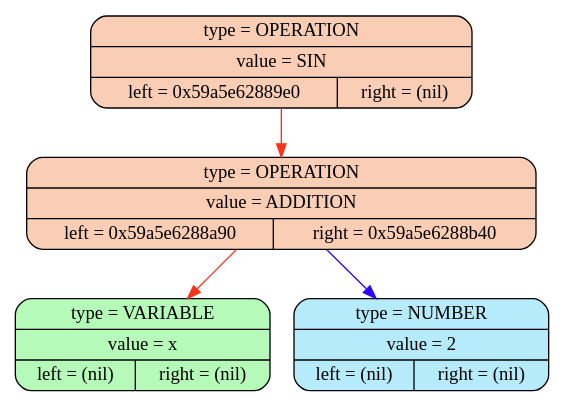
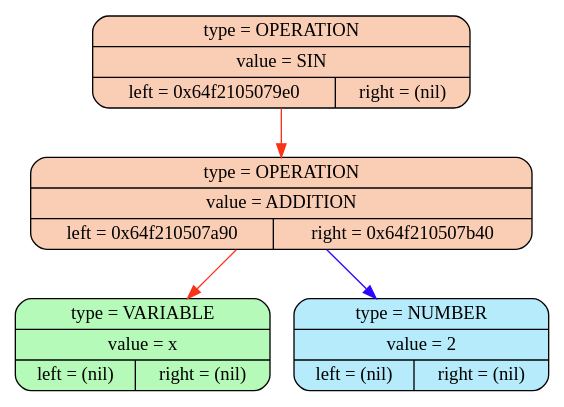
The diagram in differentiator/dot_files/expression.dot (DianaNikitina/diff), drawn with Graphviz before and after one commit. The commit also changed 12 other files, not shown here.

```diff
--- a/differentiator/dot_files/expression.dot
+++ b/differentiator/dot_files/expression.dot
@@ -1,10 +1,10 @@
 digraph structs {
 rankdir=TB;
-98569065892144 [shape=Mrecord; style = filled; fillcolor = "#facdb5ff"; color = "#030303ff"; label="{type = OPERATION | value = SIN | {left = 0x59a5e62889e0 | right = (nil)}}";]
-98569065892320 [shape=Mrecord; style = filled; fillcolor = "#facdb5ff"; color = "#030303ff"; label="{type = OPERATION | value = ADDITION | {left = 0x59a5e6288a90 | right = 0x59a5e6288b40}}";]
-98569065892496 [shape=Mrecord; style = filled; fillcolor = "#b5fab8ff"; color = "#030303ff"; label="{type = VARIABLE | value = x | {left = (nil) | right = (nil)}}";]
-98569065892672 [shape=Mrecord; style = filled; fillcolor = "#b5ebfaff"; color = "#030303ff"; label="{type = NUMBER | value = 2 | {left = (nil) | right = (nil)}}";]
-98569065892144->98569065892320[color = "#f93319ff"]
-98569065892320->98569065892496[color = "#f93319ff"]
-98569065892320->98569065892672[color = "#2c07fdff"]
+110990818572592 [shape=Mrecord; style = filled; fillcolor = "#facdb5ff"; color = "#030303ff"; label="{type = OPERATION | value = SIN | {left = 0x64f2105079e0 | right = (nil)}}";]
+110990818572768 [shape=Mrecord; style = filled; fillcolor = "#facdb5ff"; color = "#030303ff"; label="{type = OPERATION | value = ADDITION | {left = 0x64f210507a90 | right = 0x64f210507b40}}";]
+110990818572944 [shape=Mrecord; style = filled; fillcolor = "#b5fab8ff"; color = "#030303ff"; label="{type = VARIABLE | value = x | {left = (nil) | right = (nil)}}";]
+110990818573120 [shape=Mrecord; style = filled; fillcolor = "#b5ebfaff"; color = "#030303ff"; label="{type = NUMBER | value = 2 | {left = (nil) | right = (nil)}}";]
+110990818572592->110990818572768[color = "#f93319ff"]
+110990818572768->110990818572944[color = "#f93319ff"]
+110990818572768->110990818573120[color = "#2c07fdff"]
 }
```
